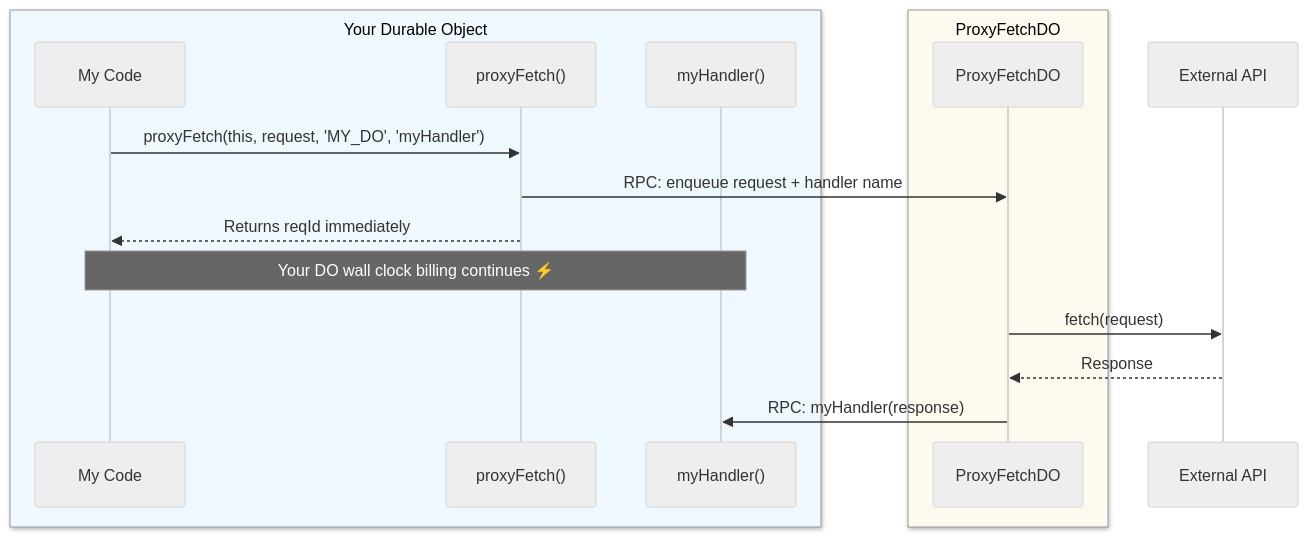
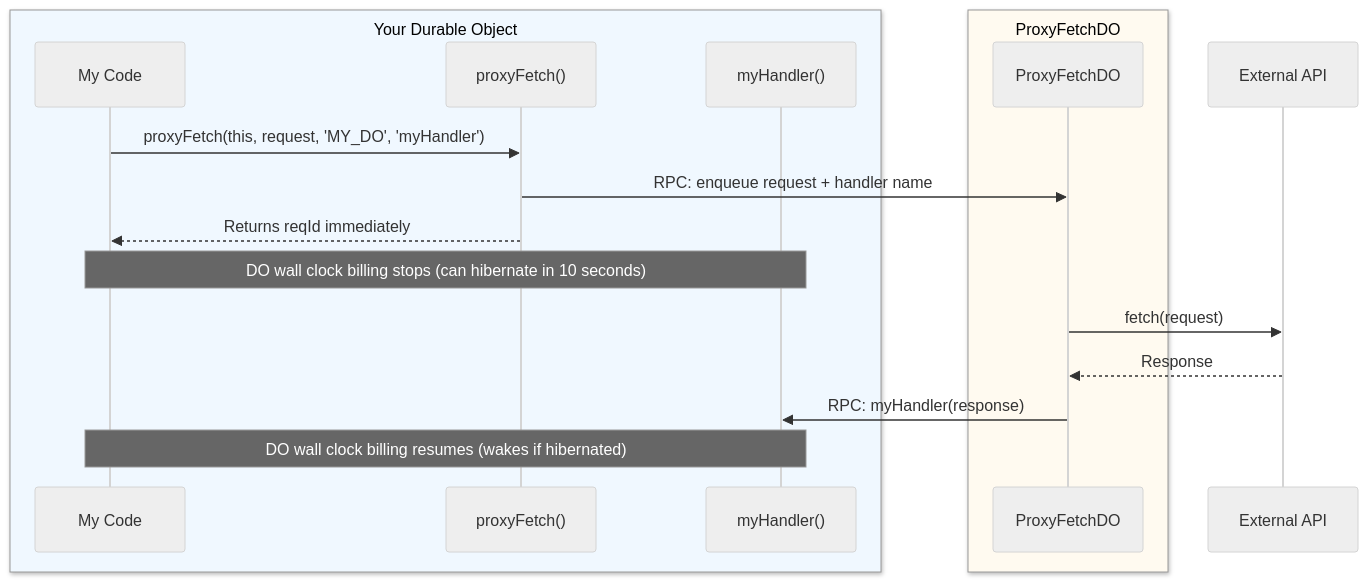
Before and after one commit to lumenize/lumenize: the diagram in website/docs/proxy-fetch/durable-object.mdx, drawn with Mermaid (neutral theme). The commit also changed 1 other file, not shown here.

Commit message:
Fixed diagram for DO variant of proxy-fetch

````diff
--- a/website/docs/proxy-fetch/durable-object.mdx
+++ b/website/docs/proxy-fetch/durable-object.mdx
@@ -20,21 +20,22 @@
 ```mermaid @skip-check
 sequenceDiagram
     box rgb(240, 248, 255) Your Durable Object
         participant User as My Code
         participant ProxyFetch as proxyFetch()
         participant Handler as myHandler()
     end
     box rgb(255, 250, 240) ProxyFetchDO
         participant ProxyFetchDO as ProxyFetchDO
     end
     participant API as External API
 
     User->>ProxyFetch: proxyFetch(this, request, 'MY_DO', 'myHandler')
     ProxyFetch->>ProxyFetchDO: RPC: enqueue request + handler name
     ProxyFetch-->>User: Returns reqId immediately
-    Note over User,Handler: Your DO wall clock billing continues ⚡
+    Note over User,Handler: DO wall clock billing stops (can hibernate in 10 seconds)
 
     ProxyFetchDO->>API: fetch(request)
     API-->>ProxyFetchDO: Response
     ProxyFetchDO->>Handler: RPC: myHandler(response)
+    Note over User,Handler: DO wall clock billing resumes (wakes if hibernated)
 ```
````
